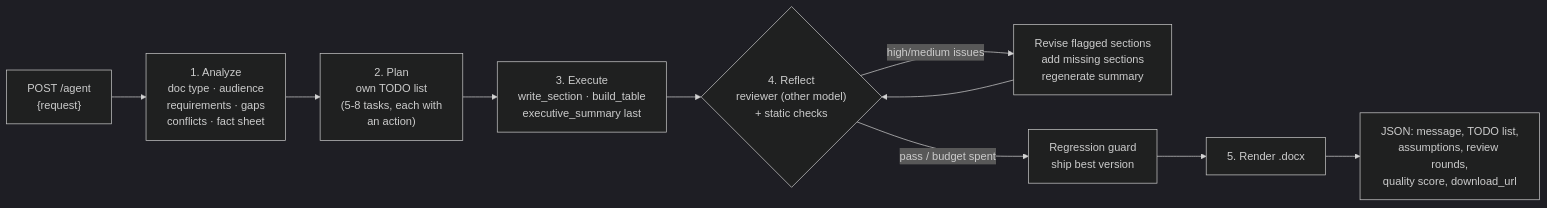
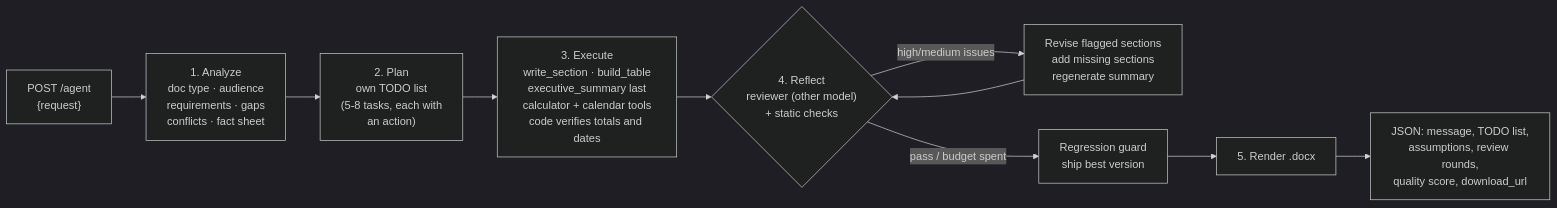
Before and after one commit to desilva23/autonomous-document-agent: the diagram in README.md, drawn with Mermaid (dark theme). The commit also changed other lines of this file and 18 other files, not shown here.

First line of the commit message:
Add tool calling: deterministic calculator/calendar tools and table/date verification

````diff
--- a/README.md
+++ b/README.md
@@ -47,12 +54,12 @@
 ```mermaid
 flowchart LR
     R["POST /agent<br/>{request}"] --> A["1. Analyze<br/>doc type · audience<br/>requirements · gaps<br/>conflicts · fact sheet"]
     A --> P["2. Plan<br/>own TODO list<br/>(5-8 tasks, each with<br/>an action)"]
-    P --> E["3. Execute<br/>write_section · build_table<br/>executive_summary last"]
+    P --> E["3. Execute<br/>write_section · build_table<br/>executive_summary last<br/>calculator + calendar tools<br/>code verifies totals and dates"]
     E --> Q{"4. Reflect<br/>reviewer (other model)<br/>+ static checks"}
     Q -- "high/medium issues" --> V["Revise flagged sections<br/>add missing sections<br/>regenerate summary"]
     V --> Q
     Q -- "pass / budget spent" --> G["Regression guard<br/>ship best version"]
     G --> D["5. Render .docx"]
     D --> O["JSON: message, TODO list,<br/>assumptions, review rounds,<br/>quality score, download_url"]
 ```
````
